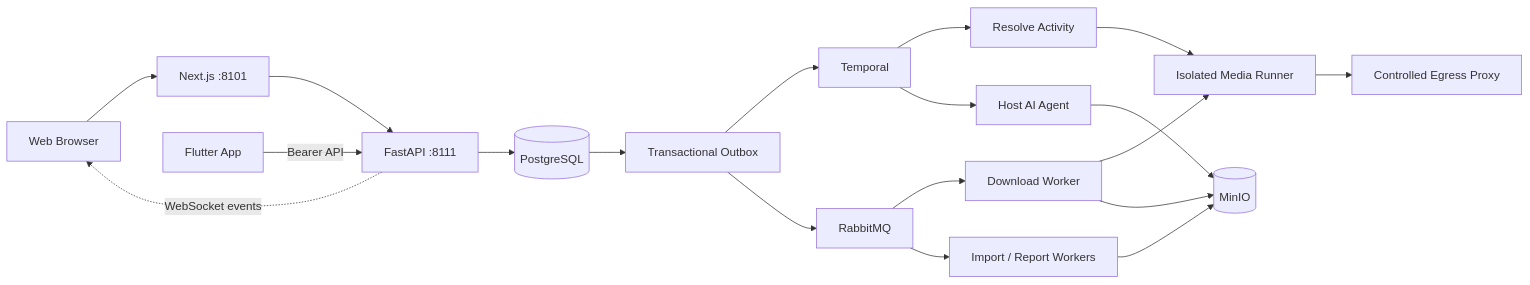
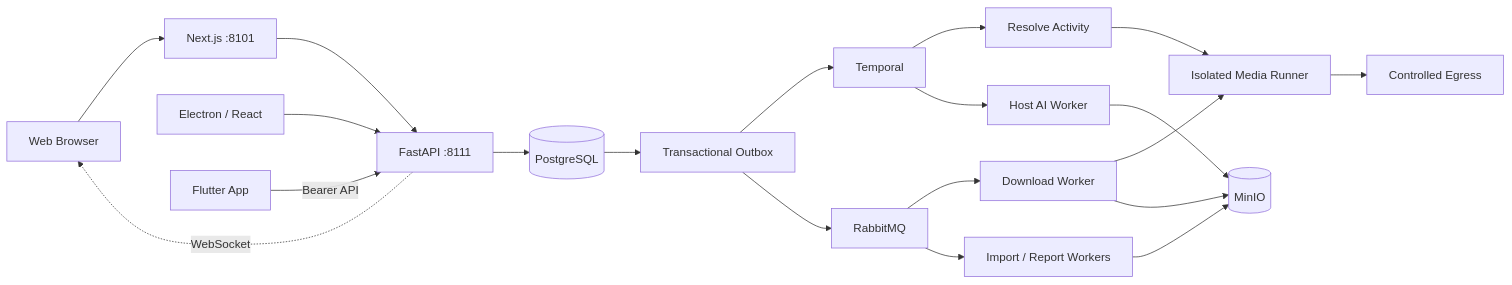
The diagram in README.en.md (StephenQiu30/framefetch), drawn with Mermaid before and after one commit. The commit also changed other lines of this file and 5 other files, not shown here.

````diff
--- a/README.en.md
+++ b/README.en.md
@@ -215,21 +243,22 @@
 ```mermaid
 flowchart LR
-  Client[Web Browser] --> Frontend[Next.js :8101]
+  Browser[Web Browser] --> Frontend[Next.js :8101]
   Frontend --> API[FastAPI :8111]
+  Desktop[Electron / React] --> API
   App[Flutter App] -->|Bearer API| API
   API --> DB[(PostgreSQL)]
   DB --> Outbox[Transactional Outbox]
   Outbox --> Temporal[Temporal]
   Temporal --> Resolve[Resolve Activity]
   Resolve --> Runner
   Outbox --> MQ[RabbitMQ]
   MQ --> Download[Download Worker]
   MQ --> Documents[Import / Report Workers]
   Download --> Runner[Isolated Media Runner]
-  Runner --> Proxy[Controlled Egress Proxy]
+  Runner --> Proxy[Controlled Egress]
   Download --> Storage[(MinIO)]
   Documents --> Storage
-  Temporal --> HostAI[Host AI Agent]
+  Temporal --> HostAI[Host AI Worker]
   HostAI --> Storage
-  API -. WebSocket events .-> Client
+  API -. WebSocket .-> Browser
 ```
````
